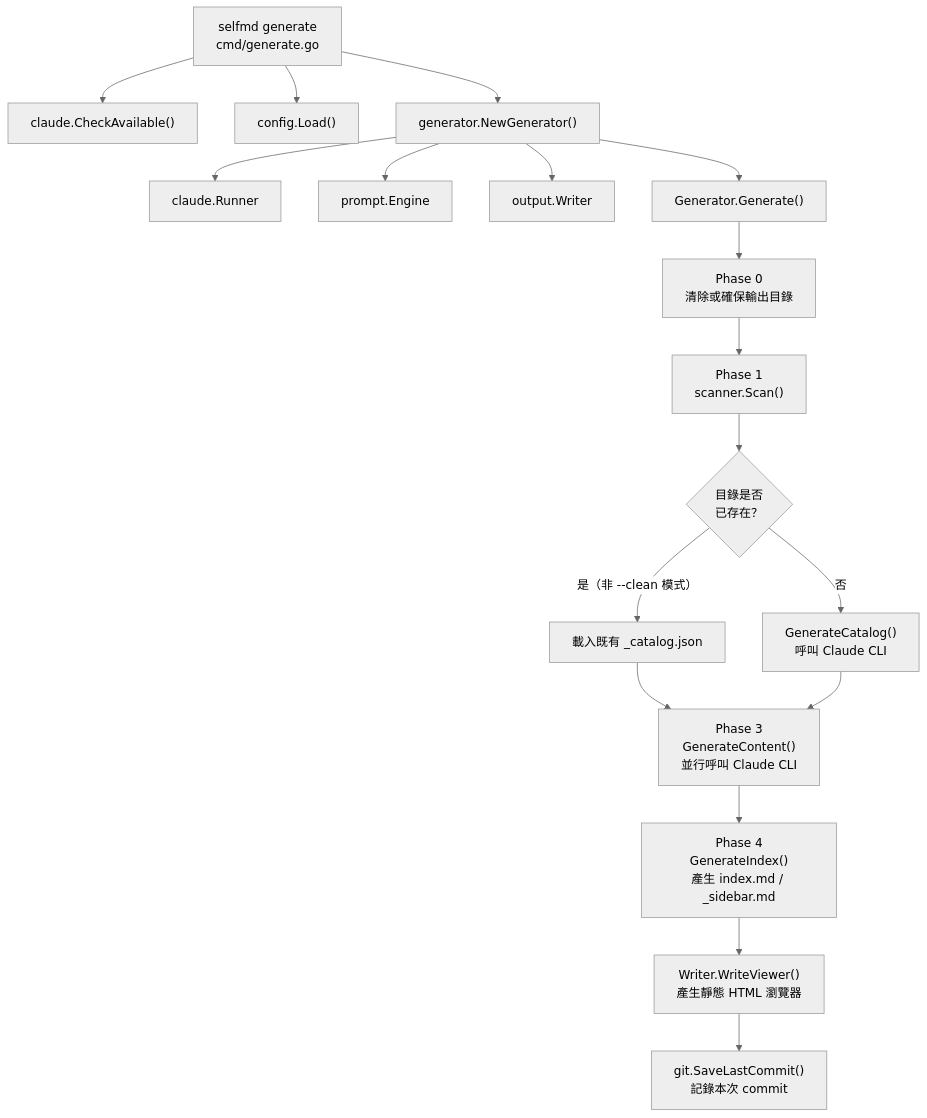
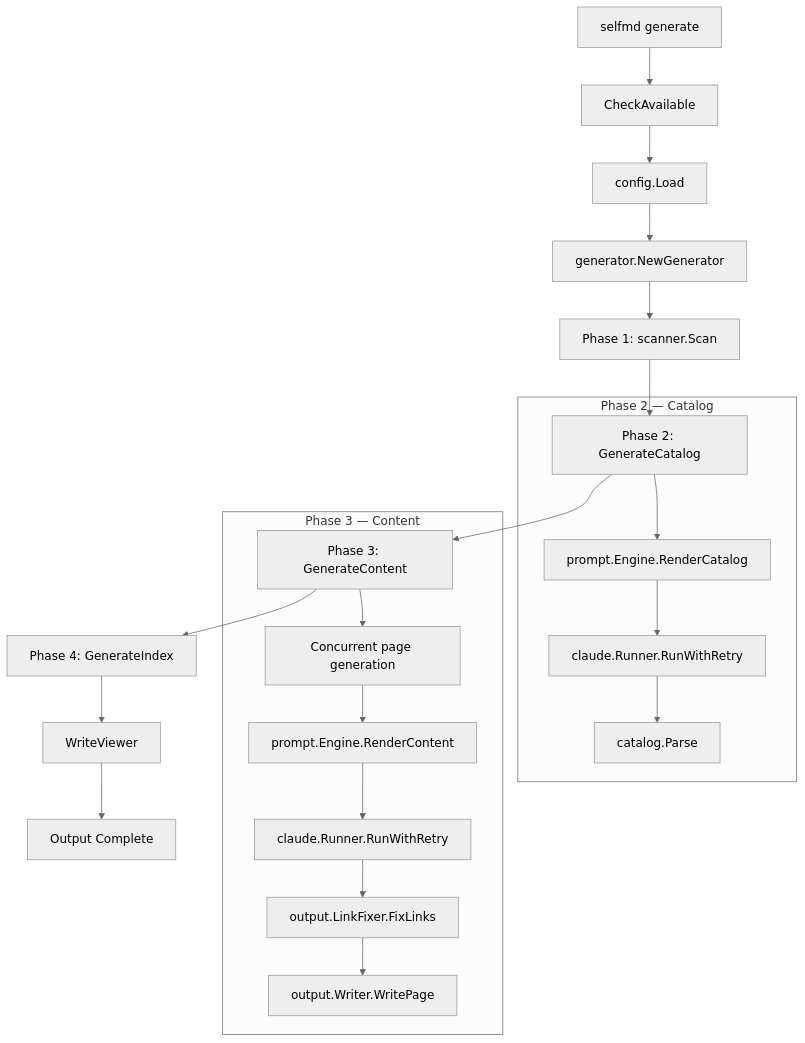
The first of 2 diagrams in docs/getting-started/first-run/index.md (monkenWu/selfmd-claude-code), drawn with Mermaid (neutral theme) before and after one commit. The commit also changed other lines of this file and 145 other files, not shown here.

````diff
--- a/docs/getting-started/first-run/index.md
+++ b/docs/getting-started/first-run/index.md
@@ -50,22 +19,26 @@
 ```mermaid
 flowchart TD
-    CLI["selfmd generate\ncmd/generate.go"] --> CheckClaude["claude.CheckAvailable()"]
-    CLI --> LoadCfg["config.Load()"]
-    CLI --> NewGen["generator.NewGenerator()"]
-    NewGen --> Runner["claude.Runner"]
-    NewGen --> Engine["prompt.Engine"]
-    NewGen --> Writer["output.Writer"]
+    A["selfmd generate"] --> B["CheckAvailable"]
+    B --> C["config.Load"]
+    C --> D["generator.NewGenerator"]
+    D --> E["Phase 1: scanner.Scan"]
+    E --> F["Phase 2: GenerateCatalog"]
+    F --> G["Phase 3: GenerateContent"]
+    G --> H["Phase 4: GenerateIndex"]
+    H --> I["WriteViewer"]
+    I --> J["Output Complete"]
 
-    NewGen --> Generate["Generator.Generate()"]
+    subgraph Phase2["Phase 2 — Catalog"]
+        F --> F1["prompt.Engine.RenderCatalog"]
+        F1 --> F2["claude.Runner.RunWithRetry"]
+        F2 --> F3["catalog.Parse"]
+    end
 
-    Generate --> Phase0["Phase 0\n清除或確保輸出目錄"]
-    Phase0 --> Phase1["Phase 1\nscanner.Scan()"]
-    Phase1 --> Phase2{"目錄是否\n已存在？"}
-    Phase2 -- "是（非 --clean 模式）" --> LoadCatalog["載入既有 _catalog.json"]
-    Phase2 -- "否" --> GenCatalog["GenerateCatalog()\n呼叫 Claude CLI"]
-    LoadCatalog --> Phase3["Phase 3\nGenerateContent()\n並行呼叫 Claude CLI"]
-    GenCatalog --> Phase3
-    Phase3 --> Phase4["Phase 4\nGenerateIndex()\n產生 index.md / _sidebar.md"]
-    Phase4 --> Viewer["Writer.WriteViewer()\n產生靜態 HTML 瀏覽器"]
-    Viewer --> SaveCommit["git.SaveLastCommit()\n記錄本次 commit"]
+    subgraph Phase3["Phase 3 — Content"]
+        G --> G1["Concurrent page generation"]
+        G1 --> G2["prompt.Engine.RenderContent"]
+        G2 --> G3["claude.Runner.RunWithRetry"]
+        G3 --> G4["output.LinkFixer.FixLinks"]
+        G4 --> G5["output.Writer.WritePage"]
+    end
 ```
````
